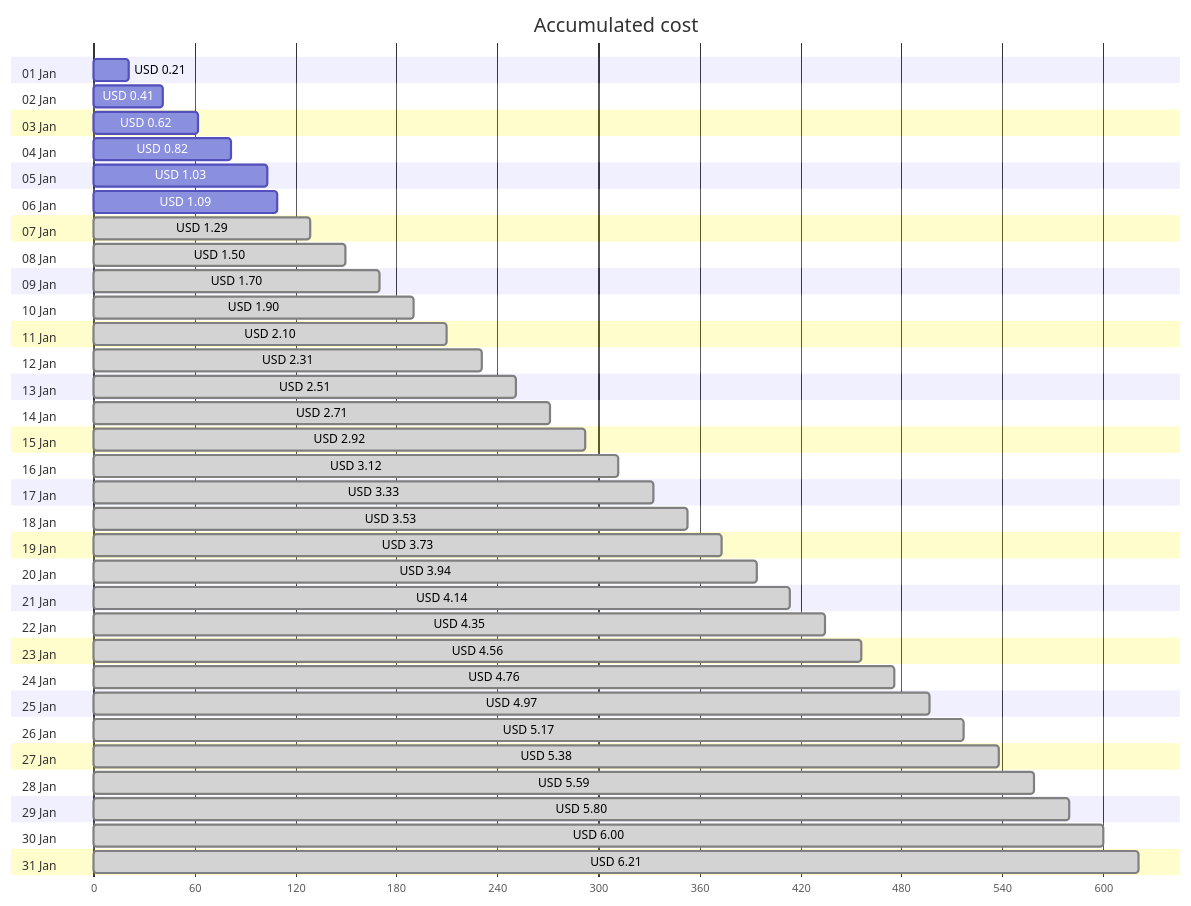
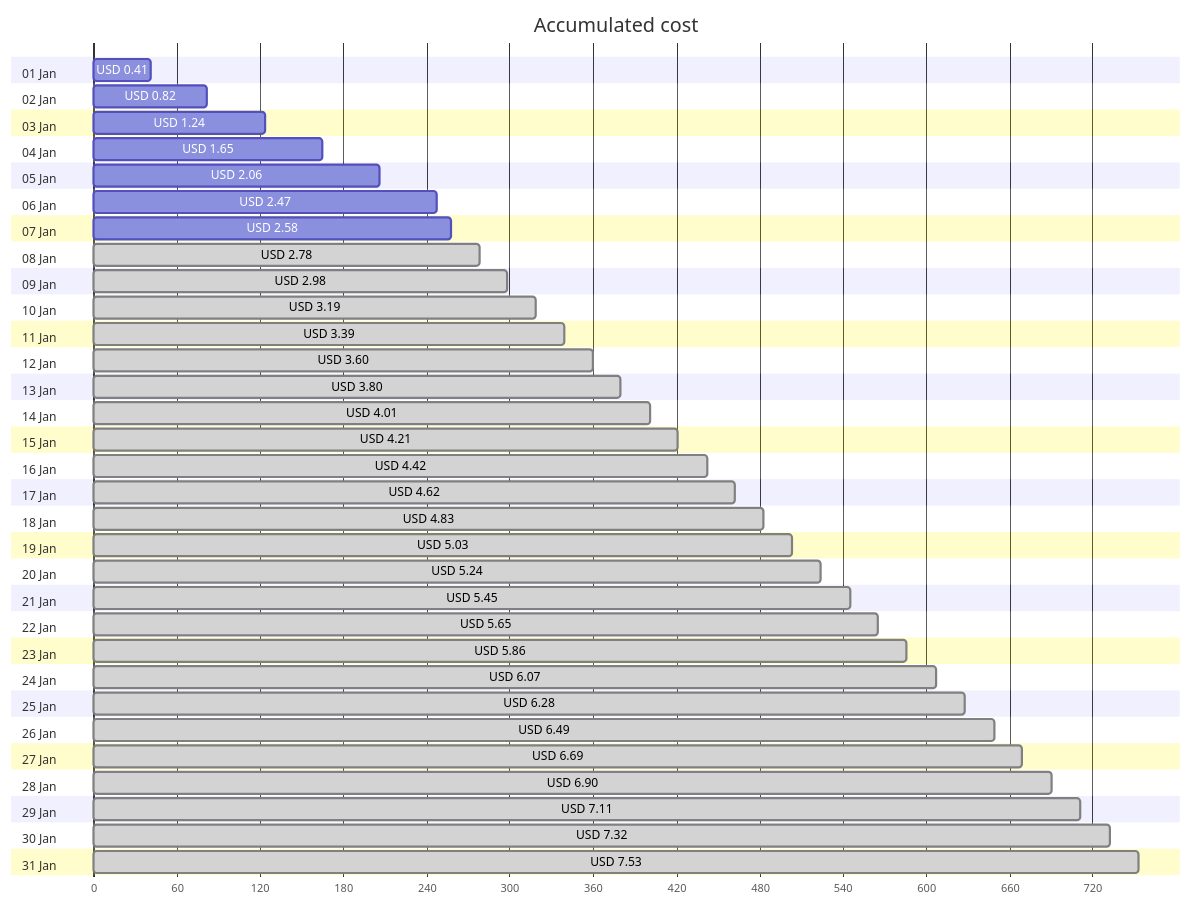
Before and after one commit to jpfulton/azure-personal-reports: the first of 4 diagrams in cost-reports/personal-network/backup-server.md, drawn with Mermaid. The commit also changed other lines of this file and 8 other files, not shown here.

````diff
--- a/cost-reports/personal-network/backup-server.md
+++ b/cost-reports/personal-network/backup-server.md
@@ -20,68 +20,68 @@
 ```mermaid
 gantt
    title Accumulated cost
    dateFormat  X
    axisFormat %s
    section 01 Jan
-   USD 0.21 :0, 21
+   USD 0.41 :0, 41
    section 02 Jan
-   USD 0.41 :0, 41
+   USD 0.82 :0, 82
    section 03 Jan
-   USD 0.62 :0, 62
+   USD 1.24 :0, 124
    section 04 Jan
-   USD 0.82 :0, 82
+   USD 1.65 :0, 165
    section 05 Jan
-   USD 1.03 :0, 103
+   USD 2.06 :0, 206
    section 06 Jan
-   USD 1.09 :0, 109
+   USD 2.47 :0, 247
    section 07 Jan
-   USD 1.29 : done, 0, 129
+   USD 2.58 :0, 258
    section 08 Jan
-   USD 1.50 : done, 0, 150
+   USD 2.78 : done, 0, 278
    section 09 Jan
-   USD 1.70 : done, 0, 170
+   USD 2.98 : done, 0, 298
    section 10 Jan
-   USD 1.90 : done, 0, 190
+   USD 3.19 : done, 0, 319
    section 11 Jan
-   USD 2.10 : done, 0, 210
+   USD 3.39 : done, 0, 339
    section 12 Jan
-   USD 2.31 : done, 0, 231
+   USD 3.60 : done, 0, 360
    section 13 Jan
-   USD 2.51 : done, 0, 251
+   USD 3.80 : done, 0, 380
    section 14 Jan
-   USD 2.71 : done, 0, 271
+   USD 4.01 : done, 0, 401
    section 15 Jan
-   USD 2.92 : done, 0, 292
+   USD 4.21 : done, 0, 421
    section 16 Jan
-   USD 3.12 : done, 0, 312
+   USD 4.42 : done, 0, 442
    section 17 Jan
-   USD 3.33 : done, 0, 333
+   USD 4.62 : done, 0, 462
    section 18 Jan
-   USD 3.53 : done, 0, 353
+   USD 4.83 : done, 0, 483
    section 19 Jan
-   USD 3.73 : done, 0, 373
+   USD 5.03 : done, 0, 503
    section 20 Jan
-   USD 3.94 : done, 0, 394
+   USD 5.24 : done, 0, 524
    section 21 Jan
-   USD 4.14 : done, 0, 414
+   USD 5.45 : done, 0, 545
    section 22 Jan
-   USD 4.35 : done, 0, 435
+   USD 5.65 : done, 0, 565
    section 23 Jan
-   USD 4.56 : done, 0, 456
+   USD 5.86 : done, 0, 586
    section 24 Jan
-   USD 4.76 : done, 0, 476
+   USD 6.07 : done, 0, 607
    section 25 Jan
-   USD 4.97 : done, 0, 497
+   USD 6.28 : done, 0, 628
    section 26 Jan
-   USD 5.17 : done, 0, 517
+   USD 6.49 : done, 0, 649
    section 27 Jan
-   USD 5.38 : done, 0, 538
+   USD 6.69 : done, 0, 669
    section 28 Jan
-   USD 5.59 : done, 0, 559
+   USD 6.90 : done, 0, 690
    section 29 Jan
-   USD 5.80 : done, 0, 580
+   USD 7.11 : done, 0, 711
    section 30 Jan
-   USD 6.00 : done, 0, 600
+   USD 7.32 : done, 0, 732
    section 31 Jan
-   USD 6.21 : done, 0, 621
+   USD 7.53 : done, 0, 753
 ```
````
